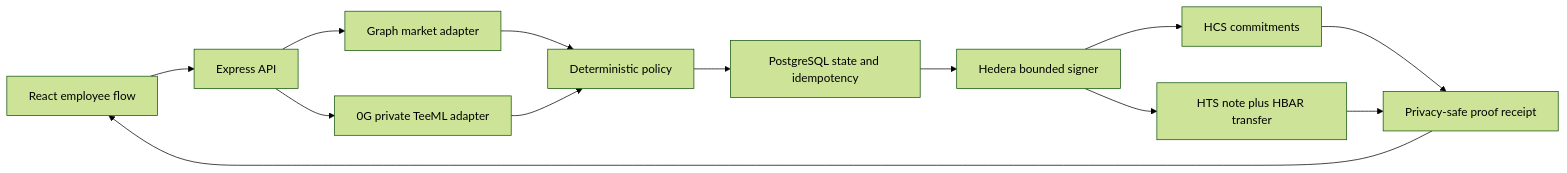
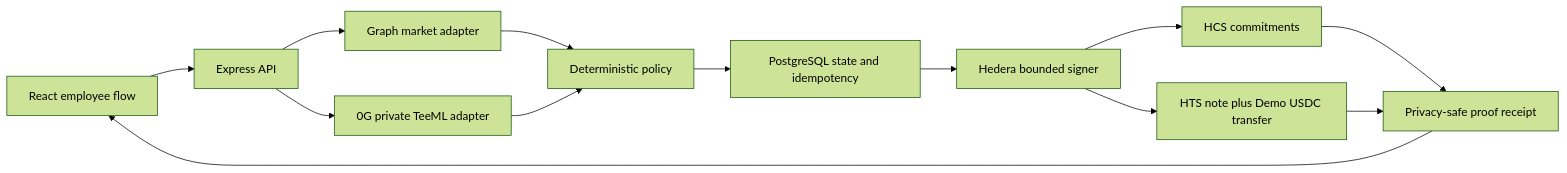
One commit to pleasebepatientihaveautism/unlockd.bond changed the first of 2 diagrams in docs/ARCHITECTURE.md. Above: the diagram before and after it, drawn with Mermaid (forest theme). The commit also changed 39 other files, not shown here.

Commit message:
Fund testnet advances with Demo USDC receipts

````diff
--- a/docs/ARCHITECTURE.md
+++ b/docs/ARCHITECTURE.md
@@ -3,15 +3,15 @@
 ```mermaid
 flowchart LR
   UI["React employee flow"] --> API["Express API"]
   API --> GRAPH["Graph market adapter"]
   API --> ZG["0G private TeeML adapter"]
   GRAPH --> POLICY["Deterministic policy"]
   ZG --> POLICY
   POLICY --> STORE["PostgreSQL state and idempotency"]
   STORE --> HEDERA["Hedera bounded signer"]
   HEDERA --> HCS["HCS commitments"]
-  HEDERA --> HTS["HTS note plus HBAR transfer"]
+  HEDERA --> HTS["HTS note plus Demo USDC transfer"]
   HCS --> PROOF["Privacy-safe proof receipt"]
   HTS --> PROOF
   PROOF --> UI
 ```
````
